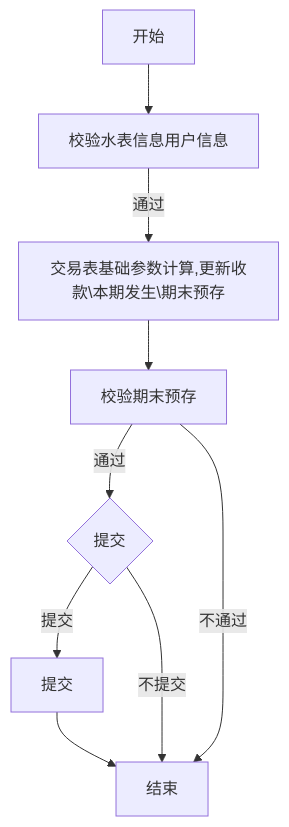
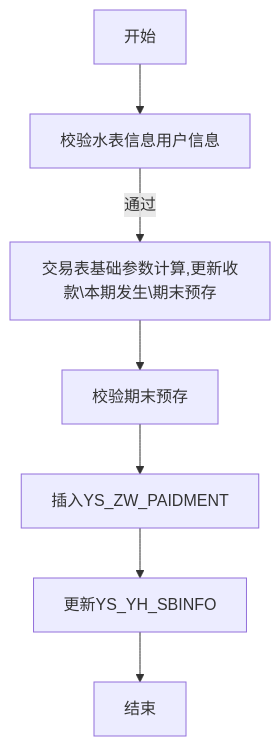
One commit to liuwentao001/20201001HRBZLS changed diagram 40 of 51 in 02.业务梳理流程图简化版_v2020.11.md. Above: the diagram before and after it, drawn with Mermaid. The commit also changed other lines of this file and 8 other files, not shown here.

````diff
--- a/02.业务梳理流程图简化版_v2020.11.md
+++ b/02.业务梳理流程图简化版_v2020.11.md
@@ -733,6 +1292,4 @@
 ```mermaid
 graph TD
-开始-->校验水表信息用户信息--通过-->交易表基础参数计算,更新收款\本期发生\期末预存-->校验期末预存--通过-->A1{提交}--提交-->提交-->结束
-A1--不提交-->结束
-校验期末预存--不通过-->结束
+开始-->校验水表信息用户信息--通过-->交易表基础参数计算,更新收款\本期发生\期末预存-->校验期末预存-->插入YS_ZW_PAIDMENT-->更新YS_YH_SBINFO-->结束
 ```
````
